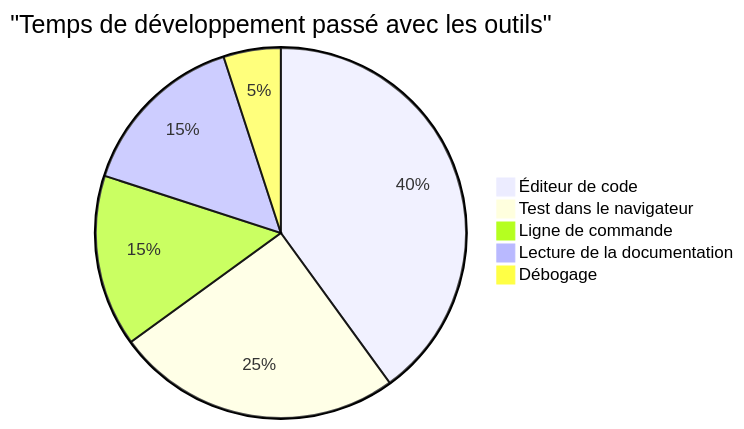
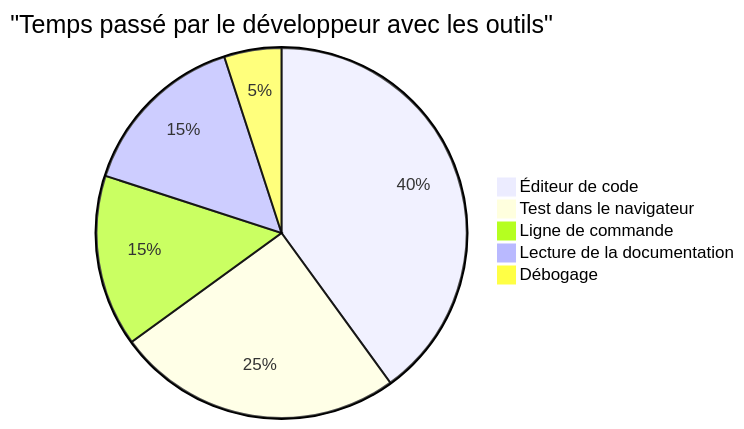
One commit to microsoft/Web-Dev-For-Beginners changed the sixth of 7 diagrams in translations/fr/1-getting-started-lessons/1-intro-to-programming-languages/README.md. Above: the diagram before and after it, drawn with Mermaid. The commit also changed other lines of this file and 8 other files, not shown here.

````diff
--- a/translations/fr/1-getting-started-lessons/1-intro-to-programming-languages/README.md
+++ b/translations/fr/1-getting-started-lessons/1-intro-to-programming-languages/README.md
@@ -710,8 +713,8 @@
 ```mermaid
-pie title "Temps de développement passé avec les outils"
+pie title "Temps passé par le développeur avec les outils"
     "Éditeur de code" : 40
     "Test dans le navigateur" : 25
     "Ligne de commande" : 15
     "Lecture de la documentation" : 15
     "Débogage" : 5
 ```  
````
